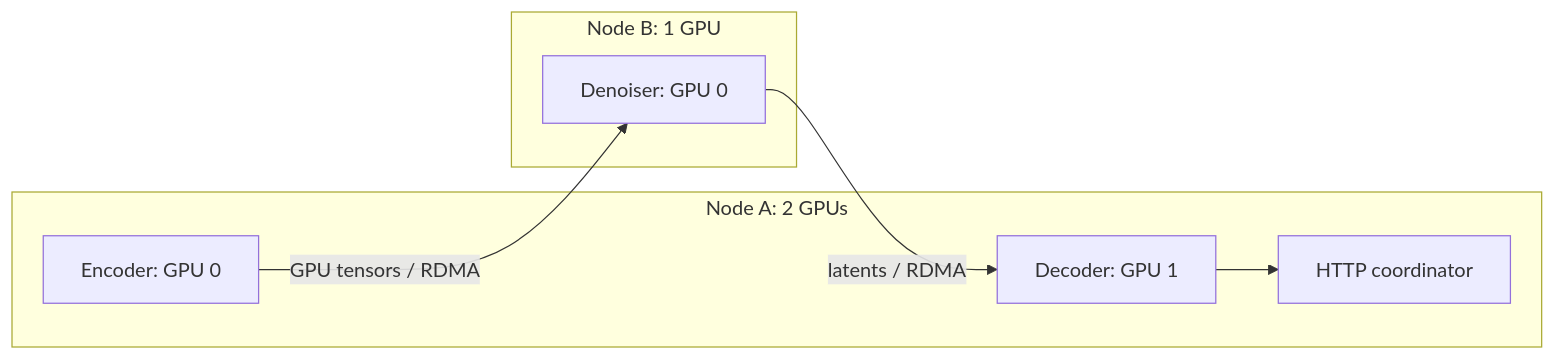
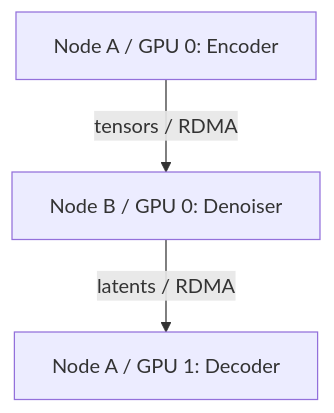
The second of 3 diagrams in docs/docs/sglang-diffusion/disaggregation.mdx (sgl-project/sglang), drawn with Mermaid before and after one commit. The commit also changed 1 other file, not shown here.

Commit message:
[Doc] diffusion/disaggregation: Clarify diagrams and contract modes

````diff
--- a/docs/docs/sglang-diffusion/disaggregation.mdx
+++ b/docs/docs/sglang-diffusion/disaggregation.mdx
@@ -165,14 +165,8 @@
 ```mermaid
-flowchart LR
-    subgraph A["Node A: 2 GPUs"]
-        E["Encoder: GPU 0"]
-        V["Decoder: GPU 1"]
-        H["HTTP coordinator"]
-    end
-    subgraph B["Node B: 1 GPU"]
-        D["Denoiser: GPU 0"]
-    end
-    E -->|GPU tensors / RDMA| D
+flowchart TB
+    E["Node A / GPU 0: Encoder"]
+    D["Node B / GPU 0: Denoiser"]
+    V["Node A / GPU 1: Decoder"]
+    E -->|tensors / RDMA| D
     D -->|latents / RDMA| V
-    V --> H
 ```
````
